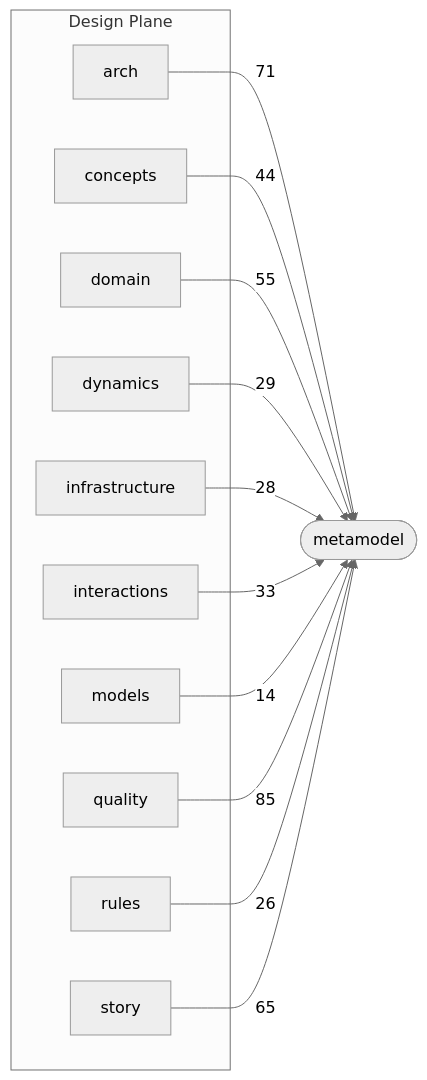
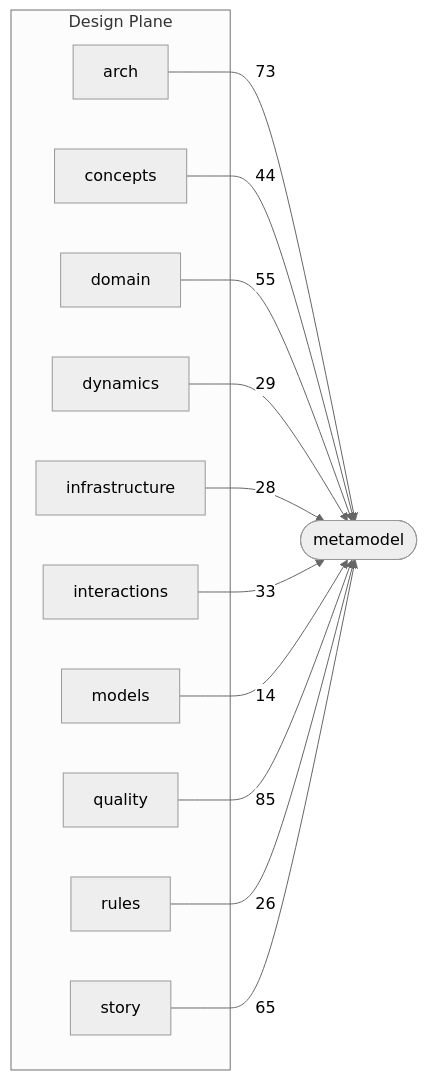
The second of 3 diagrams in docs/schema-atlas/v2.8/layer-map.md (Archally/blueprint-schema), drawn with Mermaid (neutral theme) before and after one commit. The commit also changed other lines of this file and 4 other files, not shown here.

Commit message:
Schema Atlas: the catalog follows the 2.8.68 schema

````diff
--- a/docs/schema-atlas/v2.8/layer-map.md
+++ b/docs/schema-atlas/v2.8/layer-map.md
@@ -95,26 +95,26 @@
 ```mermaid
 graph LR
     subgraph design_plane["Design Plane"]
         design_arch_schema_yaml["arch"]
         design_concepts_schema_yaml["concepts"]
         design_domain_schema_yaml["domain"]
         design_dynamics_schema_yaml["dynamics"]
         design_infrastructure_schema_yaml["infrastructure"]
         design_interactions_schema_yaml["interactions"]
         design_models_schema_yaml["models"]
         design_quality_schema_yaml["quality"]
         design_rules_schema_yaml["rules"]
         design_story_schema_yaml["story"]
     end
     metamodel_schema_yaml(["metamodel"])
-    design_arch_schema_yaml -->|71| metamodel_schema_yaml
+    design_arch_schema_yaml -->|73| metamodel_schema_yaml
     design_concepts_schema_yaml -->|44| metamodel_schema_yaml
     design_domain_schema_yaml -->|55| metamodel_schema_yaml
     design_dynamics_schema_yaml -->|29| metamodel_schema_yaml
     design_infrastructure_schema_yaml -->|28| metamodel_schema_yaml
     design_interactions_schema_yaml -->|33| metamodel_schema_yaml
     design_models_schema_yaml -->|14| metamodel_schema_yaml
     design_quality_schema_yaml -->|85| metamodel_schema_yaml
     design_rules_schema_yaml -->|26| metamodel_schema_yaml
     design_story_schema_yaml -->|65| metamodel_schema_yaml
 ```
````
